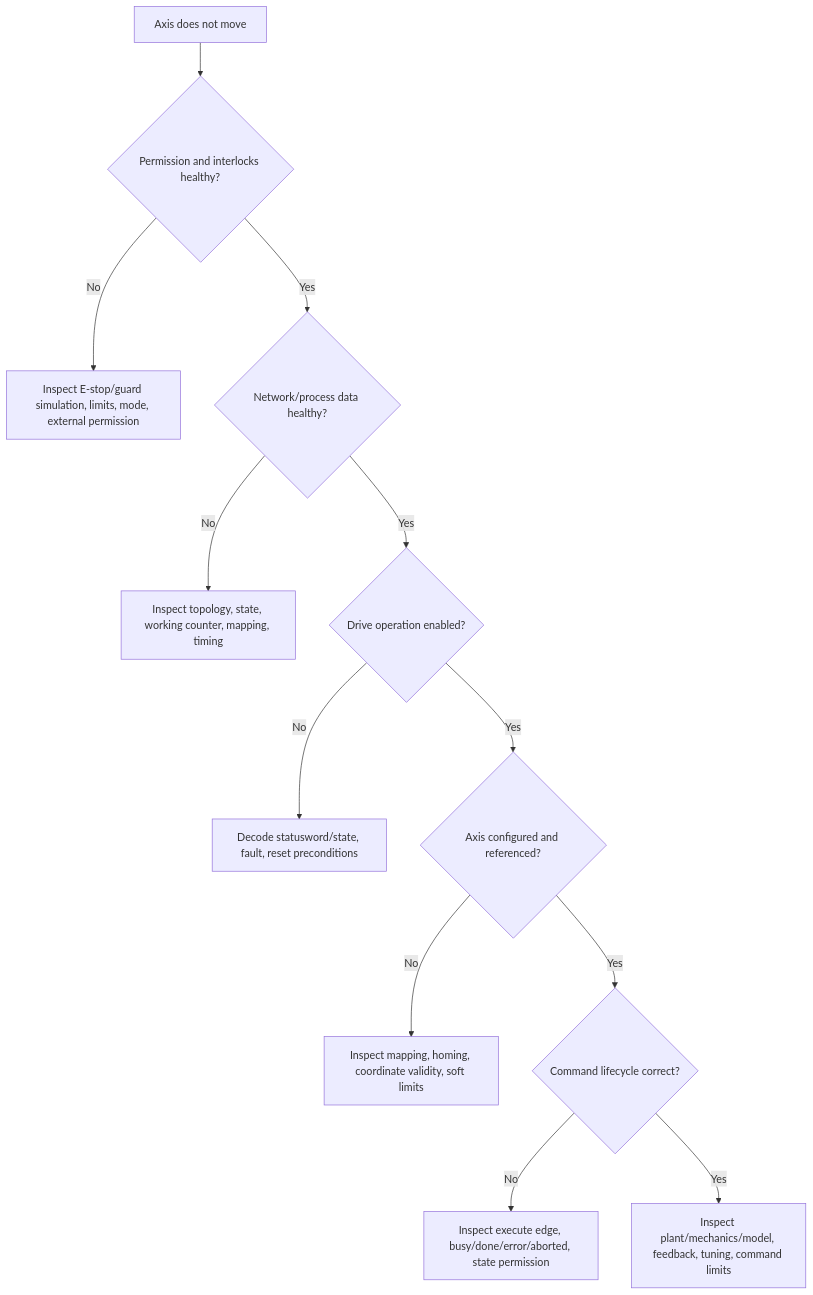
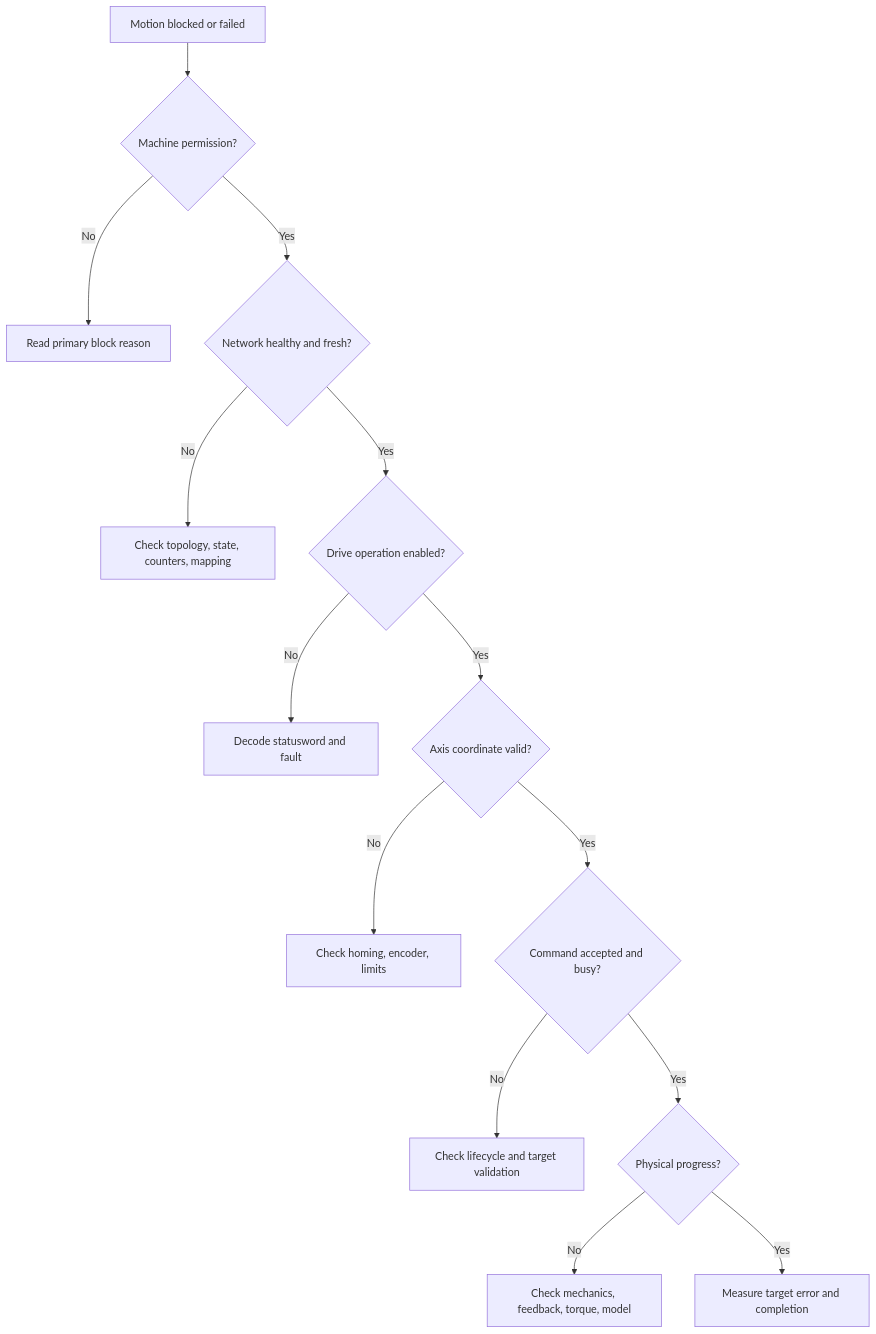
One commit to parthoece/industrial-controls-learning-lab changed the diagram in docs/diagrams/axis-troubleshooting-flow.md. Above: the diagram before and after it, drawn with Mermaid. The commit also changed other lines of this file and 86 other files, not shown here.

````diff
--- a/docs/diagrams/axis-troubleshooting-flow.md
+++ b/docs/diagrams/axis-troubleshooting-flow.md
@@ -3,14 +3,16 @@
 ```mermaid
 flowchart TD
-    A[Axis does not move] --> B{Permission and interlocks healthy?}
-    B -- No --> B1[Inspect E-stop/guard simulation, limits, mode, external permission]
-    B -- Yes --> C{Network/process data healthy?}
-    C -- No --> C1[Inspect topology, state, working counter, mapping, timing]
-    C -- Yes --> D{Drive operation enabled?}
-    D -- No --> D1[Decode statusword/state, fault, reset preconditions]
-    D -- Yes --> E{Axis configured and referenced?}
-    E -- No --> E1[Inspect mapping, homing, coordinate validity, soft limits]
-    E -- Yes --> F{Command lifecycle correct?}
-    F -- No --> F1[Inspect execute edge, busy/done/error/aborted, state permission]
-    F -- Yes --> G[Inspect plant/mechanics/model, feedback, tuning, command limits]
+    A[Motion blocked or failed] --> P{Machine permission?}
+    P -- No --> PR[Read primary block reason]
+    P -- Yes --> N{Network healthy and fresh?}
+    N -- No --> ND[Check topology, state, counters, mapping]
+    N -- Yes --> D{Drive operation enabled?}
+    D -- No --> DD[Decode statusword and fault]
+    D -- Yes --> X{Axis coordinate valid?}
+    X -- No --> XD[Check homing, encoder, limits]
+    X -- Yes --> C{Command accepted and busy?}
+    C -- No --> CD[Check lifecycle and target validation]
+    C -- Yes --> M{Physical progress?}
+    M -- No --> MD[Check mechanics, feedback, torque, model]
+    M -- Yes --> E[Measure target error and completion]
 ```
````
